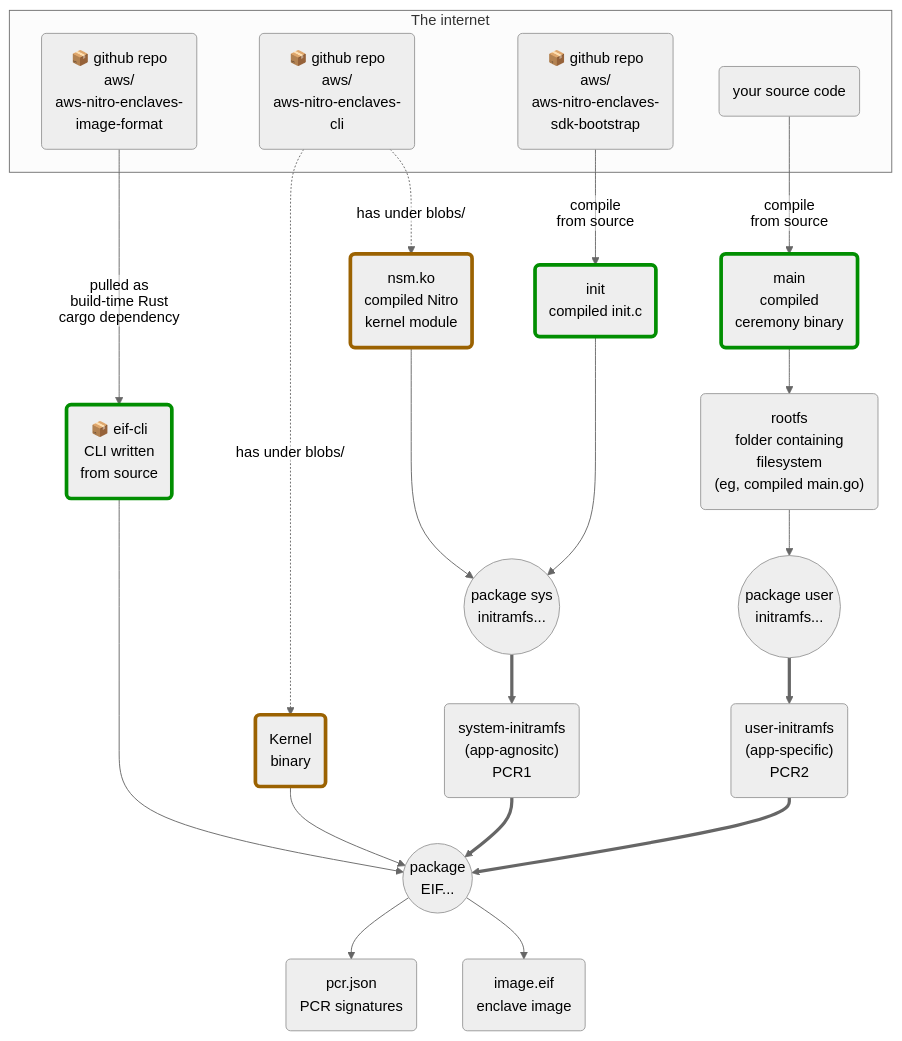
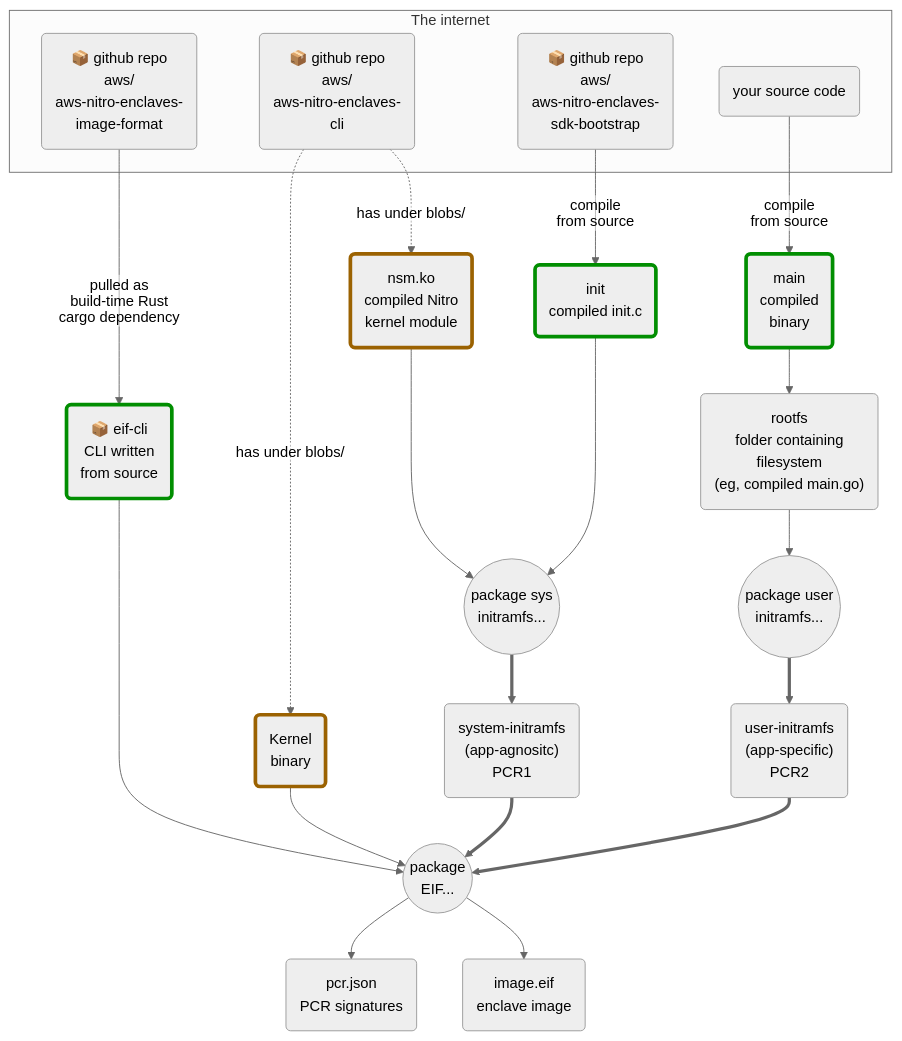
The diagram in README.md (monzo/aws-nitro-util), drawn with Mermaid (neutral theme) before and after one commit. The commit also changed other lines of this file, not shown here.

````diff
--- a/README.md
+++ b/README.md
@@ -40,67 +45,67 @@
 ```mermaid
 %%{init: {"flowchart": {"htmlLabels": false}} }%%
 
 graph TD
 	style main stroke:#018E01
 	style main stroke-width:4
 
 	style initBin stroke:#018E01
 	style initBin stroke-width:4
 
 	style eifCli stroke:#018E01
 	style eifCli stroke-width:4
 
 
 	style nsm stroke:#9B6201
 	style nsm stroke-width:4
 
 	style kernel stroke:#9B6201
 	style kernel stroke-width:4
 
 
 
 	subgraph The internet
 		eifFormatRepo("📦 github repo \n aws/ \n aws-nitro-enclaves-\nimage-format")
 		nitroCliRepo("📦 github repo \n aws/ \n aws-nitro-enclaves-\n cli")
 		bootstrapRepo("📦 github repo \n aws/ \n aws-nitro-enclaves-\nsdk-bootstrap")
 		yourRepo("your source code")
 
 
 	end
 	initBin("init \n compiled init.c")
 	eifCli("📦 eif-cli \n CLI written \n from source")
 	kernel("Kernel \n binary")
 	nsm("nsm.ko \n compiled Nitro \n kernel module")
 	sysInit("system-initramfs \n (app-agnositc) \n PCR1")
 	userInit("user-initramfs \n (app-specific)\n PCR2")
 	
 	rootfs("rootfs \n folder containing \n filesystem \n (eg, compiled main.go)")
 
 	doEif(("package \n EIF..."))
 	doSysInit(("package sys \n initramfs..."))
 	doUserInit(("package user \n initramfs..."))
 	
-	yourRepo -->|compile \n from source|main("main \n compiled \n ceremony binary")
+	yourRepo -->|compile \n from source|main("main \n compiled \n binary")
 	main --> rootfs
 	bootstrapRepo -->|compile \nfrom source|initBin
 
 	nitroCliRepo -.->|has under blobs/|nsm
 	nitroCliRepo -.->|has under blobs/|kernel
 
 	rootfs --> doUserInit
 	doUserInit==> userInit
 
 	initBin --->doSysInit
 	nsm-->doSysInit
 	doSysInit ==> sysInit
 
 	eifFormatRepo ---> |pulled as \n build-time Rust \n cargo dependency|eifCli
 	eifCli -->doEif
 	kernel -->doEif
 	sysInit ==>doEif
 	userInit ==>doEif
 
 
 	doEif -->eif("image.eif \n enclave image")
 	doEif -->pcr("pcr.json \n PCR signatures")
 ```
````
